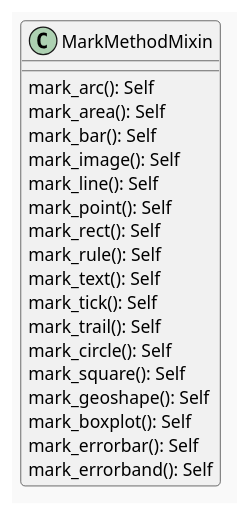
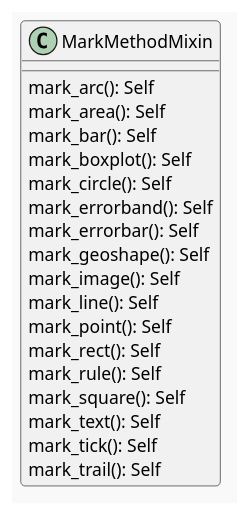
Before and after one commit to necromuralist/Bowling-For-Data: the fifth of 6 diagrams in posts/introduction-to-altair.org, drawn with PlantUML. The commit also changed other lines of this file and 34 other files, not shown here.

Commit message:
added uml for altair encode method and changed theme folder to custom-jinja

```diff
--- a/posts/introduction-to-altair.org
+++ b/posts/introduction-to-altair.org
@@ -218,24 +238,24 @@
 #+begin_src plantuml :file ../files/posts/introduction-to-altair/mark-mixin.png :exports none
 !theme mars
 
 class MarkMethodMixin {
 
 mark_arc(): Self
 mark_area(): Self
 mark_bar(): Self
+mark_boxplot(): Self
+mark_circle(): Self
+mark_errorband(): Self
+mark_errorbar(): Self
+mark_geoshape(): Self
 mark_image(): Self
 mark_line(): Self
 mark_point(): Self
 mark_rect(): Self
 mark_rule(): Self
+mark_square(): Self
 mark_text(): Self
 mark_tick(): Self
 mark_trail(): Self
-mark_circle(): Self
-mark_square(): Self
-mark_geoshape(): Self
-mark_boxplot(): Self
-mark_errorbar(): Self
-mark_errorband(): Self
 }
 #+end_src
```
